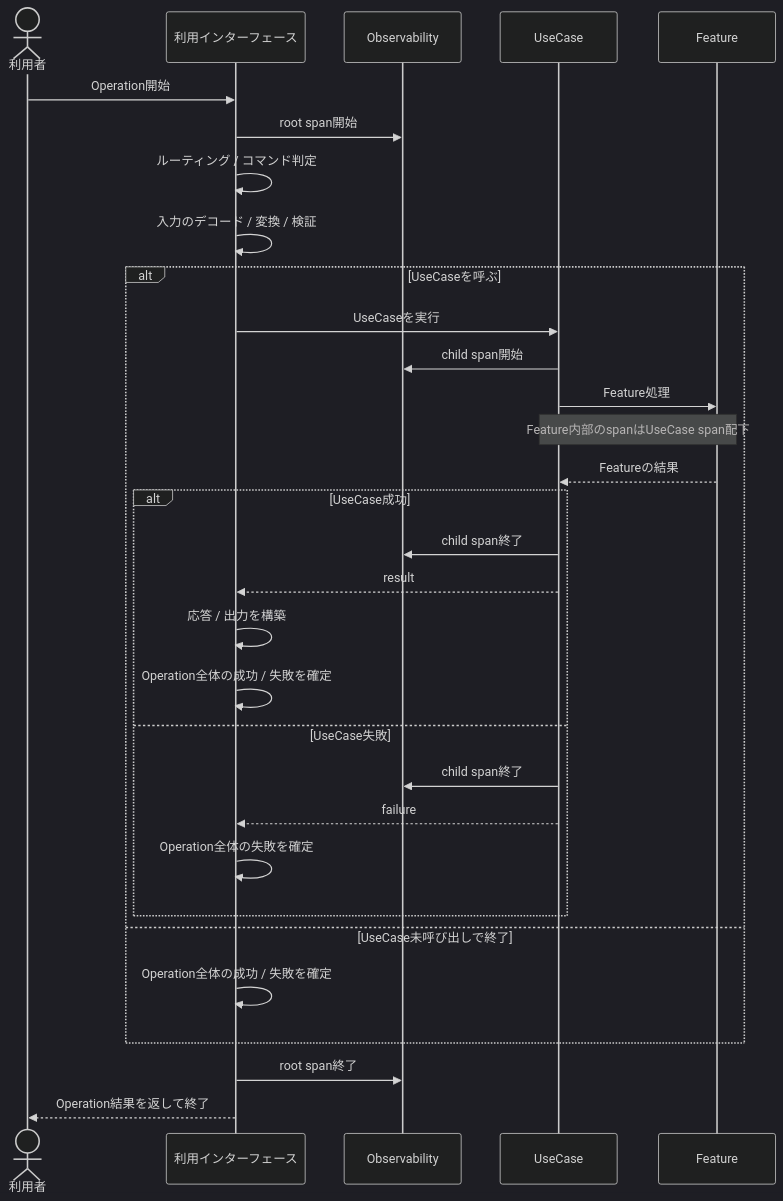
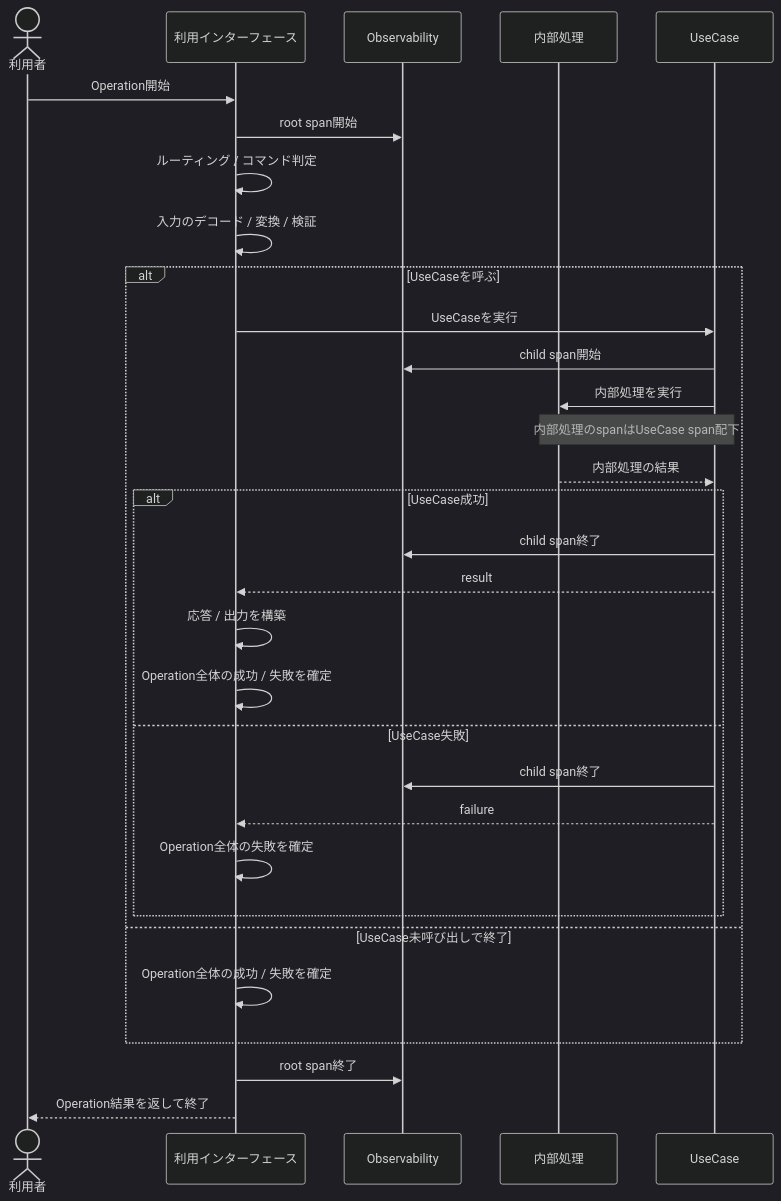
Before and after one commit to takashit16833/Workbench: the first of 2 diagrams in Notes/RAGScope/RAGScopeアプリケーション/実行追跡・構造化ログ概要図.md, drawn with Mermaid (dark theme). The commit also changed other lines of this file and 10 other files, not shown here.

````diff
--- a/Notes/RAGScope/RAGScopeアプリケーション/実行追跡・構造化ログ概要図.md
+++ b/Notes/RAGScope/RAGScopeアプリケーション/実行追跡・構造化ログ概要図.md
@@ -23,37 +23,37 @@
 ```mermaid
 sequenceDiagram
     actor User as 利用者
     participant Interface as 利用インターフェース
     participant Observability
+    participant InternalProcess as 内部処理
     participant UseCase
-    participant Feature
 
     User->>Interface: Operation開始
     Interface->>Observability: root span開始
     Interface->>Interface: ルーティング / コマンド判定
     Interface->>Interface: 入力のデコード / 変換 / 検証
 
     alt UseCaseを呼ぶ
         Interface->>UseCase: UseCaseを実行
         UseCase->>Observability: child span開始
-        UseCase->>Feature: Feature処理
-        Note over UseCase,Feature: Feature内部のspanはUseCase span配下
-        Feature-->>UseCase: Featureの結果
+        UseCase->>InternalProcess: 内部処理を実行
+        Note over UseCase,InternalProcess: 内部処理のspanはUseCase span配下
+        InternalProcess-->>UseCase: 内部処理の結果
 
         alt UseCase成功
             UseCase->>Observability: child span終了
             UseCase-->>Interface: result
             Interface->>Interface: 応答 / 出力を構築
             Interface->>Interface: Operation全体の成功 / 失敗を確定
         else UseCase失敗
             UseCase->>Observability: child span終了
             UseCase-->>Interface: failure
             Interface->>Interface: Operation全体の失敗を確定
         end
     else UseCase未呼び出しで終了
         Interface->>Interface: Operation全体の成功 / 失敗を確定
     end
 
     Interface->>Observability: root span終了
     Interface-->>User: Operation結果を返して終了
 ```
````
